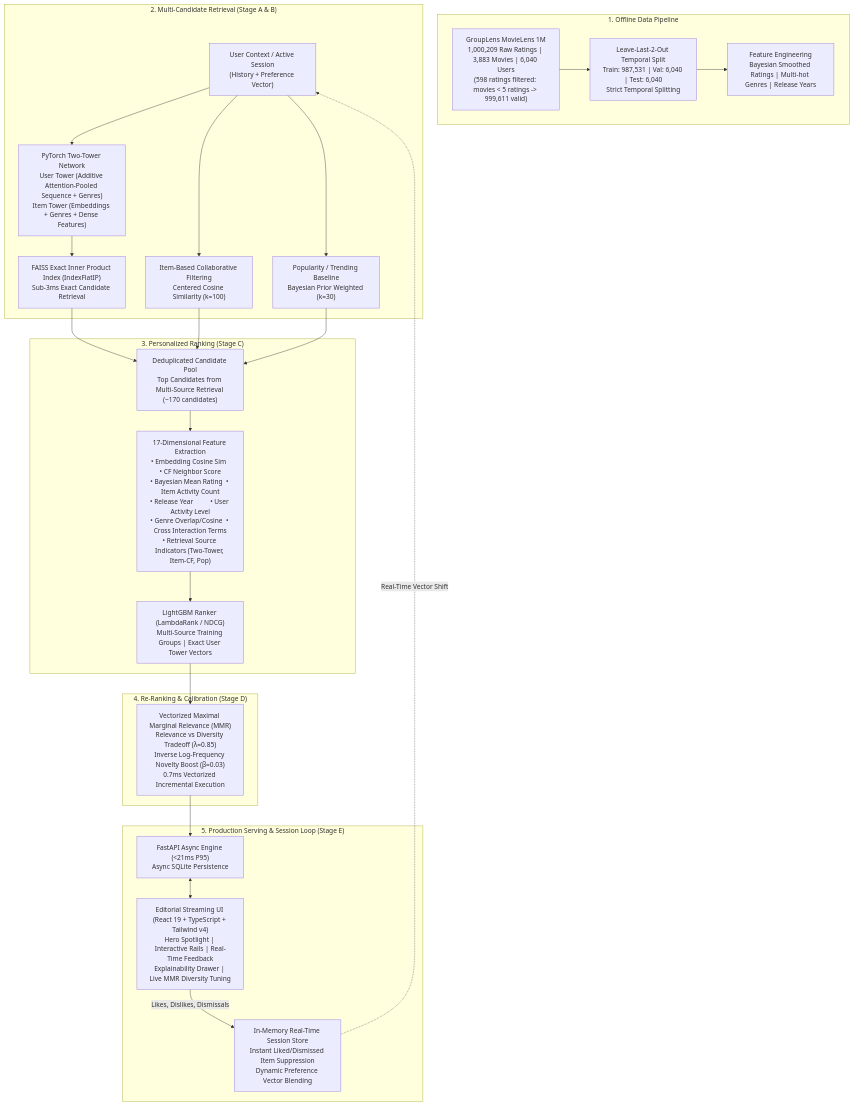
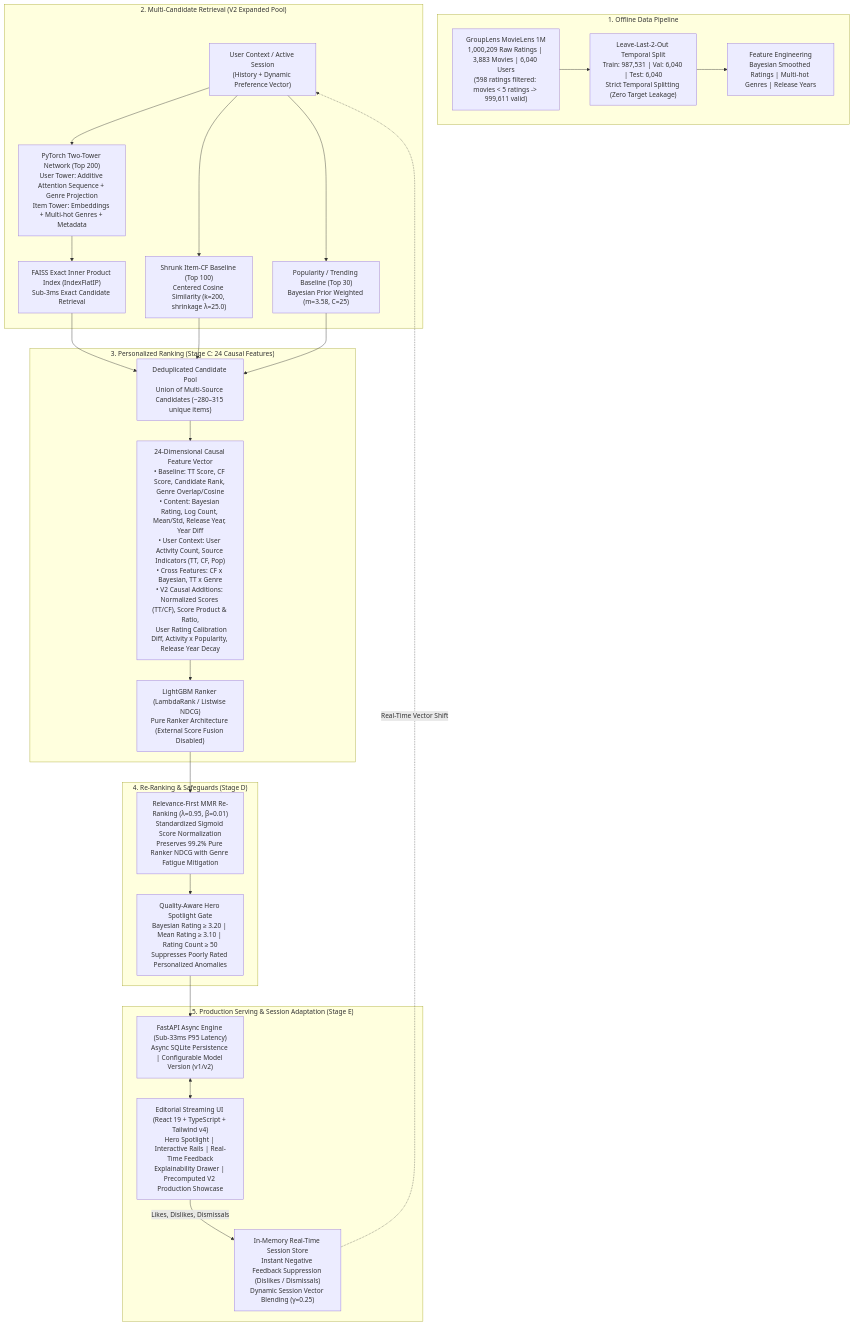
Before and after one commit to AhireRohit/CinePulse: the diagram in README.md, drawn with Mermaid. The commit also changed other lines of this file and 72 other files, not shown here.

Commit message:
feat(v2): release CinePulse V2 with 24-feature ranker, expanded retrieval, and verified showcase

````diff
--- a/README.md
+++ b/README.md
@@ -22,48 +24,49 @@
 ```mermaid
 flowchart TD
     subgraph Data_Pipeline["1. Offline Data Pipeline"]
         ML1M["GroupLens MovieLens 1M\n1,000,209 Raw Ratings | 3,883 Movies | 6,040 Users\n(598 ratings filtered: movies < 5 ratings -> 999,611 valid)"]
-        Split["Leave-Last-2-Out Temporal Split\nTrain: 987,531 | Val: 6,040 | Test: 6,040\nStrict Temporal Splitting"]
+        Split["Leave-Last-2-Out Temporal Split\nTrain: 987,531 | Val: 6,040 | Test: 6,040\nStrict Temporal Splitting (Zero Target Leakage)"]
         Features["Feature Engineering\nBayesian Smoothed Ratings | Multi-hot Genres | Release Years"]
         ML1M --> Split --> Features
     end
 
-    subgraph Retrieval_Stage["2. Multi-Candidate Retrieval (Stage A & B)"]
-        User["User Context / Active Session\n(History + Preference Vector)"]
-        TwoTower["PyTorch Two-Tower Network\nUser Tower (Additive Attention-Pooled Sequence + Genres)\nItem Tower (Embeddings + Genres + Dense Features)"]
+    subgraph Retrieval_Stage["2. Multi-Candidate Retrieval (V2 Expanded Pool)"]
+        User["User Context / Active Session\n(History + Dynamic Preference Vector)"]
+        TwoTower["PyTorch Two-Tower Network (Top 200)\nUser Tower: Additive Attention Sequence + Genre Projection\nItem Tower: Embeddings + Multi-hot Genres + Metadata"]
         FaissExact["FAISS Exact Inner Product Index (IndexFlatIP)\nSub-3ms Exact Candidate Retrieval"]
-        ItemCF["Item-Based Collaborative Filtering\nCentered Cosine Similarity (k=100)"]
-        Pop["Popularity / Trending Baseline\nBayesian Prior Weighted (k=30)"]
+        ItemCF["Shrunk Item-CF Baseline (Top 100)\nCentered Cosine Similarity (k=200, shrinkage λ=25.0)"]
+        Pop["Popularity / Trending Baseline (Top 30)\nBayesian Prior Weighted (m=3.58, C=25)"]
         
         User --> TwoTower --> FaissExact
         User --> ItemCF
         User --> Pop
     end
 
-    subgraph Ranking_Stage["3. Personalized Ranking (Stage C)"]
-        Candidates["Deduplicated Candidate Pool\nTop Candidates from Multi-Source Retrieval (~170 candidates)"]
-        RankFeatures["17-Dimensional Feature Extraction\n• Embedding Cosine Sim  • CF Neighbor Score\n• Bayesian Mean Rating  • Item Activity Count\n• Release Year          • User Activity Level\n• Genre Overlap/Cosine  • Cross Interaction Terms\n• Retrieval Source Indicators (Two-Tower, Item-CF, Pop)"]
-        LGBM["LightGBM Ranker (LambdaRank / NDCG)\nMulti-Source Training Groups | Exact User Tower Vectors"]
+    subgraph Ranking_Stage["3. Personalized Ranking (Stage C: 24 Causal Features)"]
+        Candidates["Deduplicated Candidate Pool\nUnion of Multi-Source Candidates (~280–315 unique items)"]
+        RankFeatures["24-Dimensional Causal Feature Vector\n• Baseline: TT Score, CF Score, Candidate Rank, Genre Overlap/Cosine\n• Content: Bayesian Rating, Log Count, Mean/Std, Release Year, Year Diff\n• User Context: User Activity Count, Source Indicators (TT, CF, Pop)\n• Cross Features: CF x Bayesian, TT x Genre\n• V2 Causal Additions: Normalized Scores (TT/CF), Score Product & Ratio,\n  User Rating Calibration Diff, Activity x Popularity, Release Year Decay"]
+        LGBM["LightGBM Ranker (LambdaRank / Listwise NDCG)\nPure Ranker Architecture (External Score Fusion Disabled)"]
         
         FaissExact --> Candidates
         ItemCF --> Candidates
         Pop --> Candidates
         Candidates --> RankFeatures --> LGBM
     end
 
-    subgraph Reranking_Stage["4. Re-Ranking & Calibration (Stage D)"]
-        MMR["Vectorized Maximal Marginal Relevance (MMR)\nRelevance vs Diversity Tradeoff (λ=0.85)\nInverse Log-Frequency Novelty Boost (β=0.03)\n0.7ms Vectorized Incremental Execution"]
-        LGBM --> MMR
+    subgraph Reranking_Stage["4. Re-Ranking & Safeguards (Stage D)"]
+        MMR["Relevance-First MMR Re-Ranking (λ=0.95, β=0.01)\nStandardized Sigmoid Score Normalization\nPreserves 99.2% Pure Ranker NDCG with Genre Fatigue Mitigation"]
+        HeroGate["Quality-Aware Hero Spotlight Gate\nBayesian Rating ≥ 3.20 | Mean Rating ≥ 3.10 | Rating Count ≥ 50\nSuppresses Poorly Rated Personalized Anomalies"]
+        LGBM --> MMR --> HeroGate
     end
 
-    subgraph Serving_Layer["5. Production Serving & Session Loop (Stage E)"]
-        FastAPI["FastAPI Async Engine (<21ms P95)\nAsync SQLite Persistence"]
-        SessionStore["In-Memory Real-Time Session Store\nInstant Liked/Dismissed Item Suppression\nDynamic Preference Vector Blending"]
-        ReactUI["Editorial Streaming UI (React 19 + TypeScript + Tailwind v4)\nHero Spotlight | Interactive Rails | Real-Time Feedback\nExplainability Drawer | Live MMR Diversity Tuning"]
+    subgraph Serving_Layer["5. Production Serving & Session Adaptation (Stage E)"]
+        FastAPI["FastAPI Async Engine (Sub-33ms P95 Latency)\nAsync SQLite Persistence | Configurable Model Version (v1/v2)"]
+        SessionStore["In-Memory Real-Time Session Store\nInstant Negative Feedback Suppression (Dislikes / Dismissals)\nDynamic Session Vector Blending (γ=0.25)"]
+        ReactUI["Editorial Streaming UI (React 19 + TypeScript + Tailwind v4)\nHero Spotlight | Interactive Rails | Real-Time Feedback\nExplainability Drawer | Precomputed V2 Production Showcase"]
         
-        MMR --> FastAPI
+        HeroGate --> FastAPI
         FastAPI <--> ReactUI
         ReactUI -- "Likes, Dislikes, Dismissals" --> SessionStore
         SessionStore -. "Real-Time Vector Shift" .-> User
     end
 ```
````
